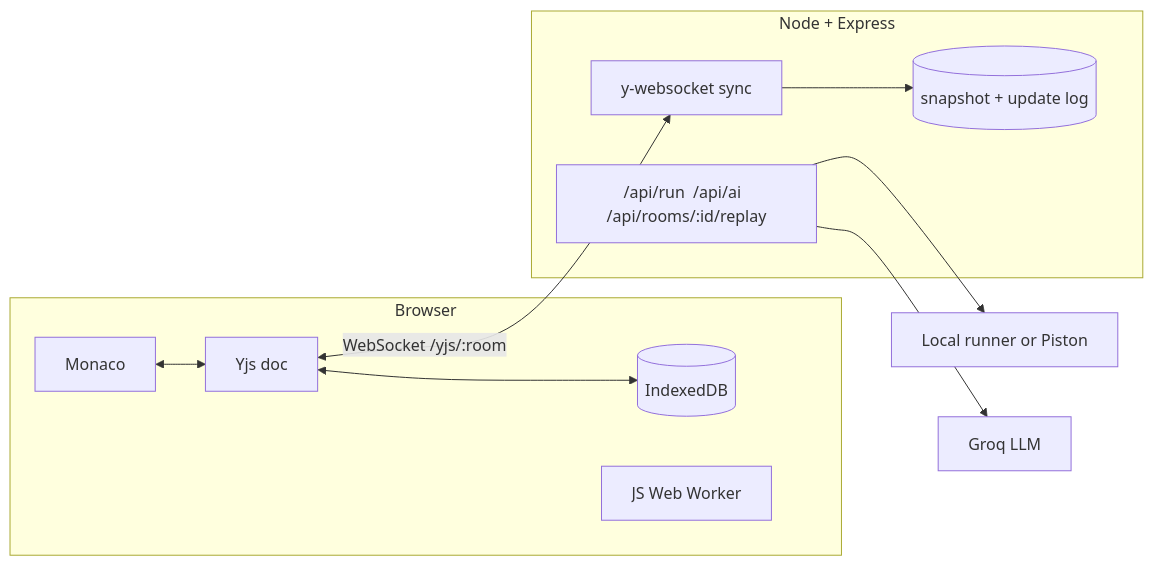
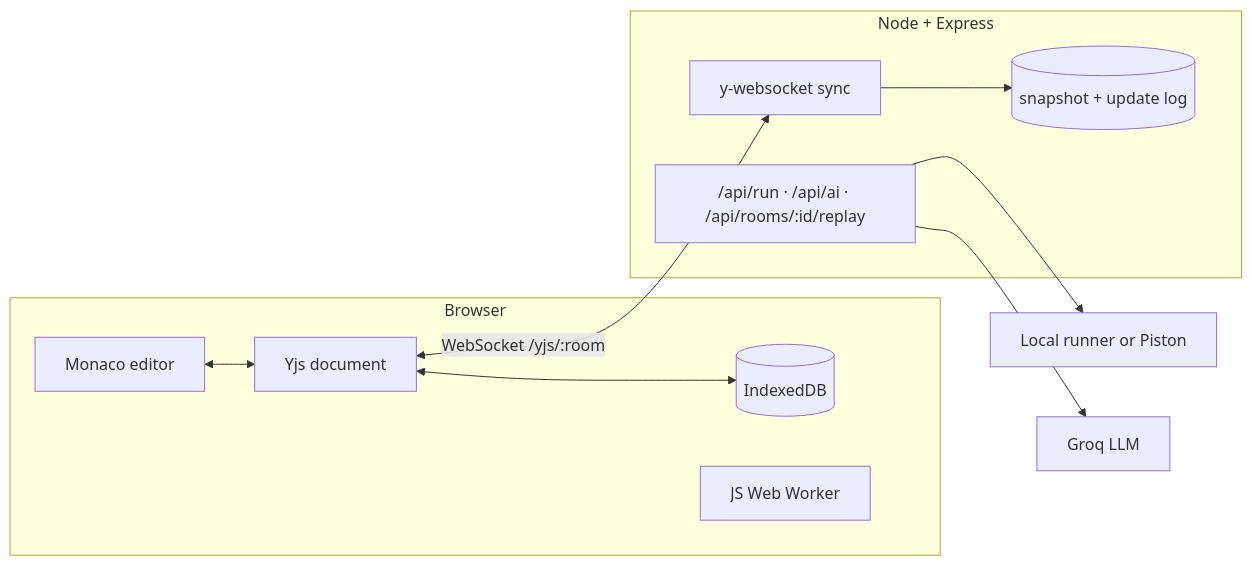
Before and after one commit to SonamNarula/CodeFusion-a-collaborative-real-time-code-editor: the diagram in README.md, drawn with Mermaid. The commit also changed other lines of this file, not shown here.

````diff
--- a/README.md
+++ b/README.md
@@ -26,15 +49,15 @@
 ```mermaid
 flowchart LR
   subgraph Browser
-    M[Monaco] <--> Y[Yjs doc]
+    M[Monaco editor] <--> Y[Yjs document]
     Y <--> I[(IndexedDB)]
     JS[JS Web Worker]
   end
   Y <-- "WebSocket /yjs/:room" --> S
   subgraph Server[Node + Express]
     S[y-websocket sync] --> P[(snapshot + update log)]
-    API["/api/run  /api/ai  /api/rooms/:id/replay"]
+    API["/api/run · /api/ai · /api/rooms/:id/replay"]
   end
   API --> R[Local runner or Piston]
   API --> G[Groq LLM]
 ```
````
